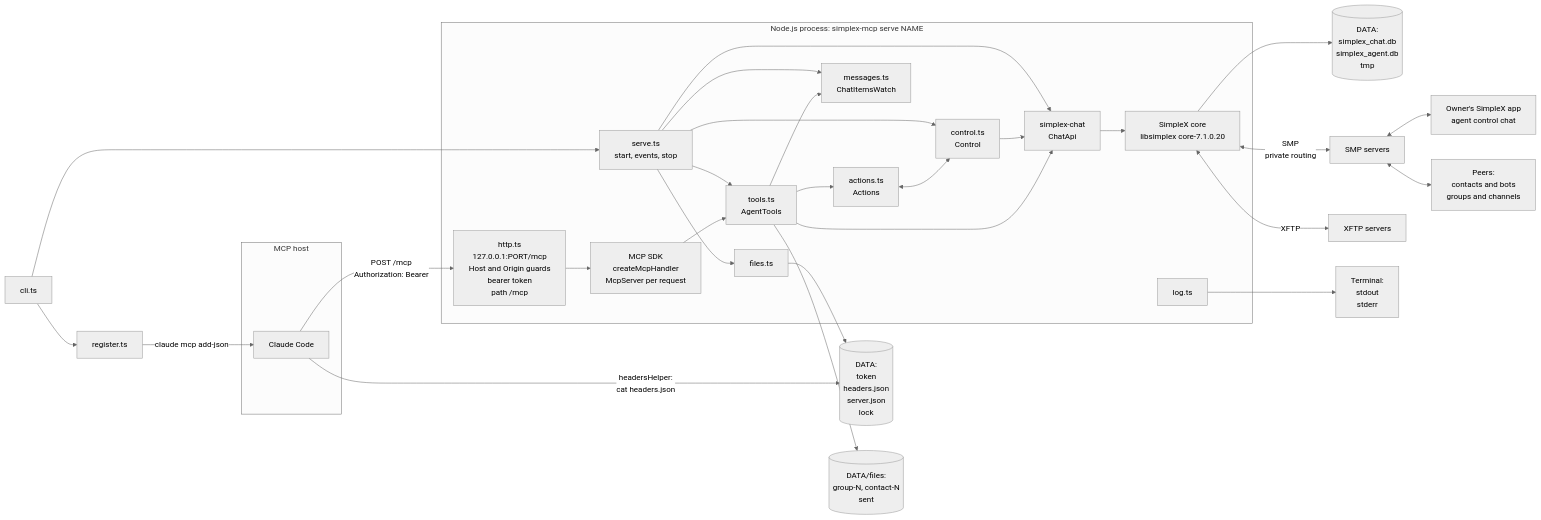
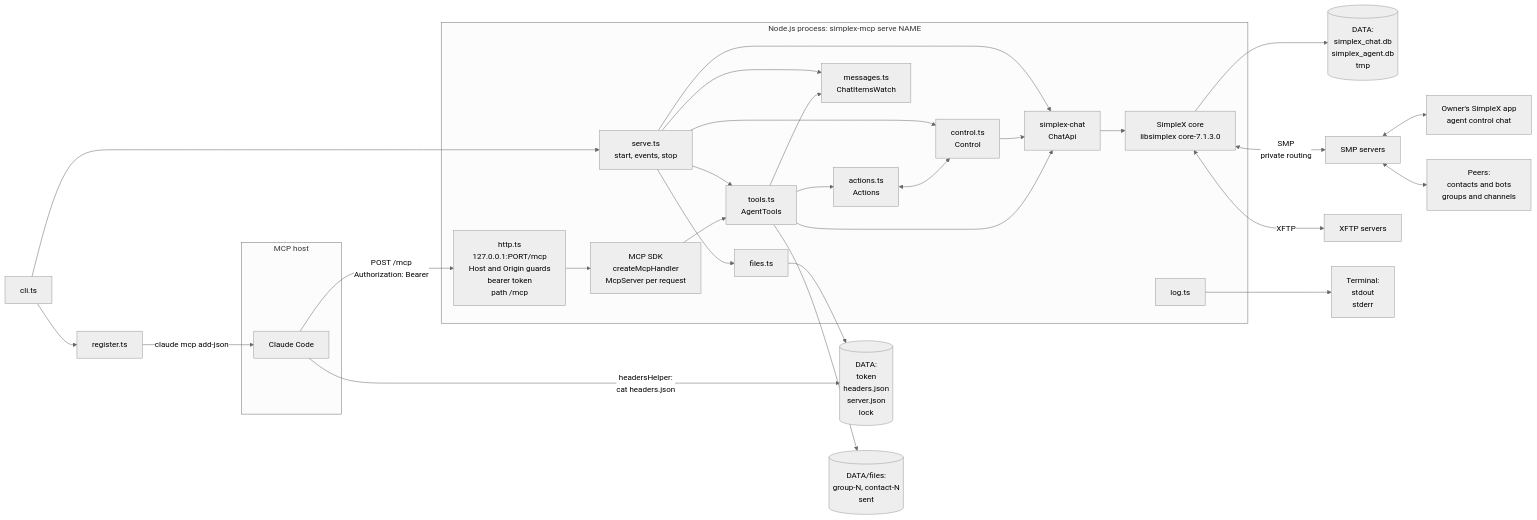
One commit to simplex-chat/simplex-chat changed the first of 5 diagrams in packages/simplex-chat-mcp/spec/architecture.md. Above: the diagram before and after it, drawn with Mermaid (neutral theme). The commit also changed other lines of this file and 4 other files, not shown here.

````diff
--- a/packages/simplex-chat-mcp/spec/architecture.md
+++ b/packages/simplex-chat-mcp/spec/architecture.md
@@ -28,44 +28,44 @@
 ```mermaid
 flowchart LR
   subgraph host["MCP host"]
     cc["Claude Code"]
   end
   subgraph proc["Node.js process: simplex-mcp serve NAME"]
     http["http.ts<br/>127.0.0.1:PORT/mcp<br/>Host and Origin guards<br/>bearer token<br/>path /mcp"]
     sdk["MCP SDK<br/>createMcpHandler<br/>McpServer per request"]
     tools["tools.ts<br/>AgentTools"]
     actions["actions.ts<br/>Actions"]
     control["control.ts<br/>Control"]
     messages["messages.ts<br/>ChatItemsWatch"]
     serve["serve.ts<br/>start, events, stop"]
     files["files.ts"]
     log["log.ts"]
     lib["simplex-chat<br/>ChatApi"]
-    core["SimpleX core<br/>libsimplex core-7.1.0.20"]
+    core["SimpleX core<br/>libsimplex core-7.1.3.0"]
   end
   cli["cli.ts"] --> serve
   cli --> register["register.ts"]
   register -->|"claude mcp add-json"| cc
   cc -->|"headersHelper:<br/>cat headers.json"| data
   cc -->|"POST /mcp<br/>Authorization: Bearer"| http
   http --> sdk --> tools
   tools --> actions
   actions <--> control
   tools --> messages
   serve --> control
   serve --> tools
   serve --> messages
   serve --> files
   files --> data[("DATA:<br/>token<br/>headers.json<br/>server.json<br/>lock")]
   tools --> folder[("DATA/files:<br/>group-N, contact-N<br/>sent")]
   tools --> lib
   control --> lib
   serve --> lib
   lib --> core
   core --> db[("DATA:<br/>simplex_chat.db<br/>simplex_agent.db<br/>tmp")]
   core <-->|"SMP<br/>private routing"| smp["SMP servers"]
   core <-->|"XFTP"| xftp["XFTP servers"]
   smp <--> owner["Owner's SimpleX app<br/>agent control chat"]
   smp <--> peers["Peers:<br/>contacts and bots<br/>groups and channels"]
   log --> term["Terminal:<br/>stdout<br/>stderr"]
 ```
````
